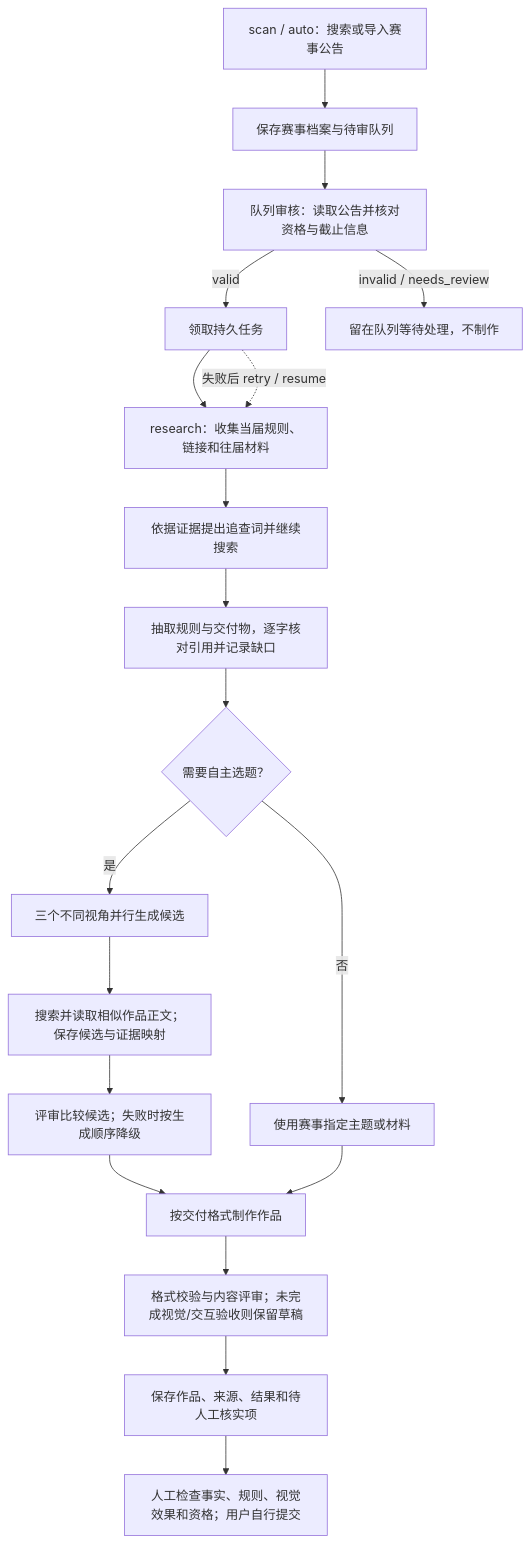
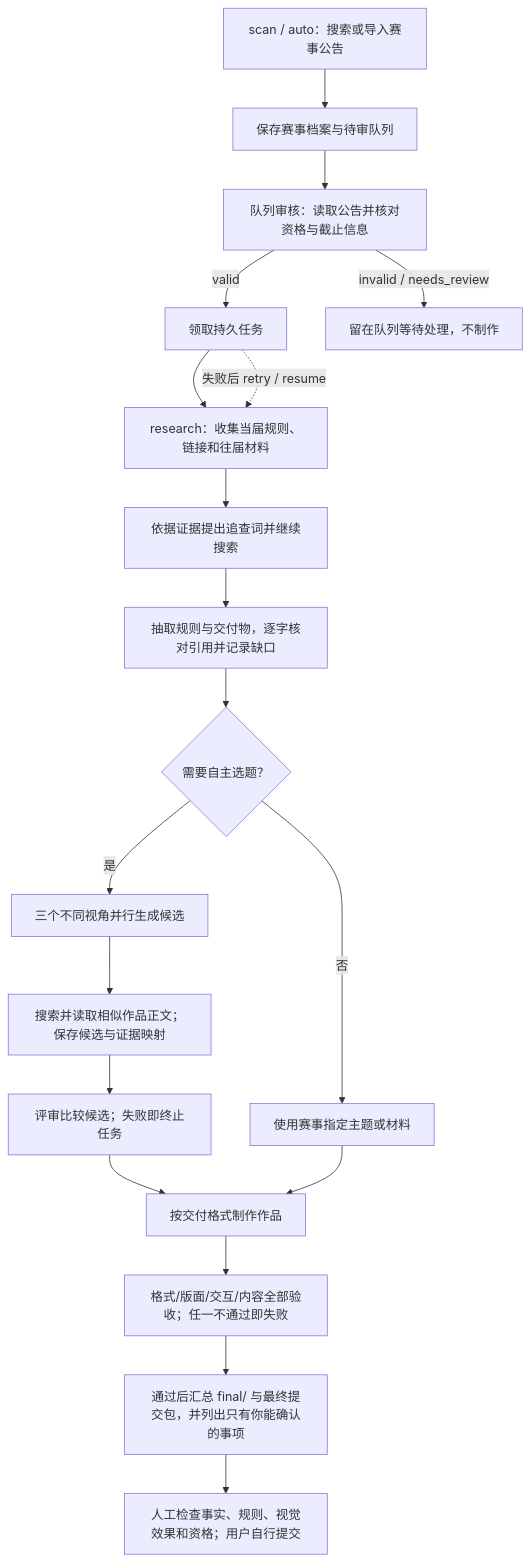
Before and after one commit to element-17/automated-competition-machine: the diagram in README.md, drawn with Mermaid. The commit also changed other lines of this file and 51 other files, not shown here.

````diff
--- a/README.md
+++ b/README.md
@@ -9,21 +9,21 @@
 ```mermaid
 flowchart TD
     A[scan / auto：搜索或导入赛事公告] --> B[保存赛事档案与待审队列]
     B --> C[队列审核：读取公告并核对资格与截止信息]
     C -->|valid| D[领取持久任务]
     C -->|invalid / needs_review| X[留在队列等待处理，不制作]
     D --> E[research：收集当届规则、链接和往届材料]
     E --> F[依据证据提出追查词并继续搜索]
     F --> G[抽取规则与交付物，逐字核对引用并记录缺口]
     G --> H{需要自主选题？}
     H -->|是| I[三个不同视角并行生成候选]
     I --> J[搜索并读取相似作品正文；保存候选与证据映射]
-    J --> K[评审比较候选；失败时按生成顺序降级]
+    J --> K[评审比较候选；失败即终止任务]
     H -->|否| L[使用赛事指定主题或材料]
     K --> M[按交付格式制作作品]
     L --> M
-    M --> N[格式校验与内容评审；未完成视觉/交互验收则保留草稿]
-    N --> O[保存作品、来源、结果和待人工核实项]
+    M --> N[格式/版面/交互/内容全部验收；任一不通过即失败]
+    N --> O[通过后汇总 final/ 与最终提交包，并列出只有你能确认的事项]
     O --> P[人工检查事实、规则、视觉效果和资格；用户自行提交]
     D -.失败后 retry / resume.-> E
 ```
````
